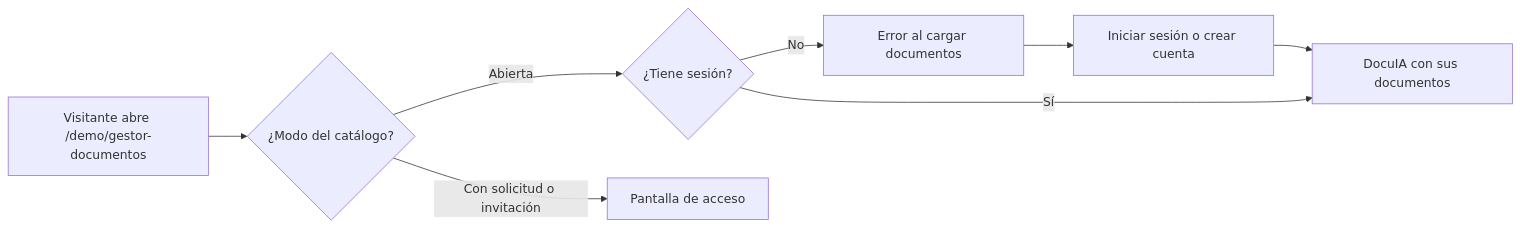
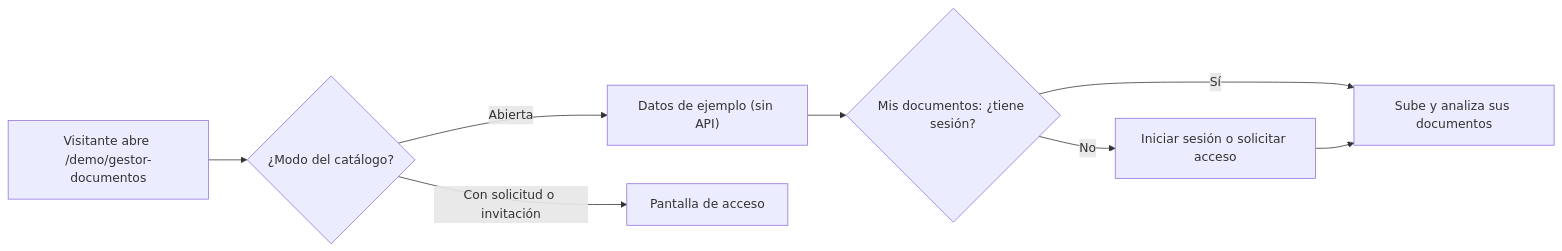
One commit to ronalc90/koptup changed the third of 3 diagrams in docs/wiki/Guia-Demo-gestor-documentos.md. Above: the diagram before and after it, drawn with Mermaid. The commit also changed other lines of this file and 63 other files, not shown here.

````diff
--- a/docs/wiki/Guia-Demo-gestor-documentos.md
+++ b/docs/wiki/Guia-Demo-gestor-documentos.md
@@ -288,10 +288,10 @@
 ```mermaid
 flowchart LR
     V["Visitante abre /demo/gestor-documentos"] --> M{"¿Modo del catálogo?"}
-    M -- "Abierta" --> S{"¿Tiene sesión?"}
+    M -- "Abierta" --> S["Datos de ejemplo (sin API)"]
     M -- "Con solicitud o invitación" --> P["Pantalla de acceso"]
-    S -- "No" --> E["Error al cargar documentos"]
-    E --> L["Iniciar sesión o crear cuenta"]
-    L --> D["DocuIA con sus documentos"]
-    S -- "Sí" --> D
+    S --> T{"Mis documentos: ¿tiene sesión?"}
+    T -- "No" --> L["Iniciar sesión o solicitar acceso"]
+    T -- "Sí" --> D["Sube y analiza sus documentos"]
+    L --> D
 ```
````
